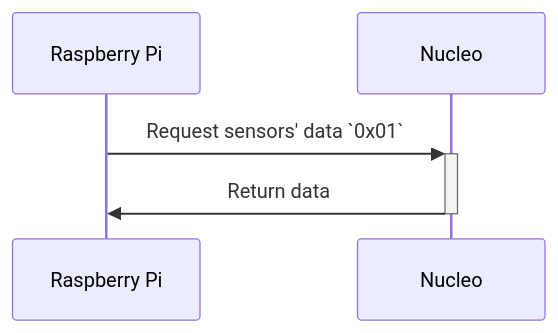
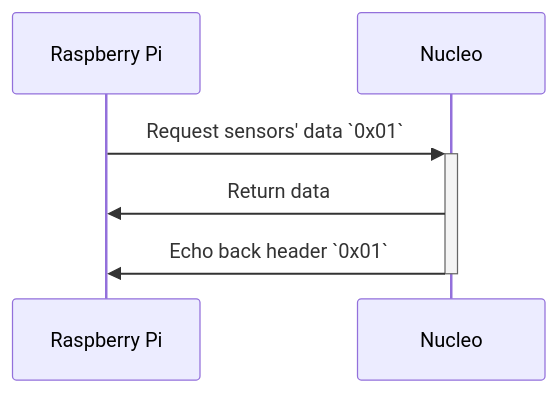
The first of 6 diagrams in README.md (rogy-AquaLab/2024_umiusi_nucleo), drawn with Mermaid before and after one commit. The commit also changed other lines of this file, not shown here.

````diff
--- a/README.md
+++ b/README.md
@@ -7,7 +7,8 @@
 ```mermaid
 sequenceDiagram
     participant RPi as Raspberry Pi
     participant N as Nucleo
     RPi ->>+ N: Request sensors' data `0x01`
-    N ->>- RPi: Return data
+    N ->> RPi: Return data
+    N ->>- RPi: Echo back header `0x01`
 ```
````
